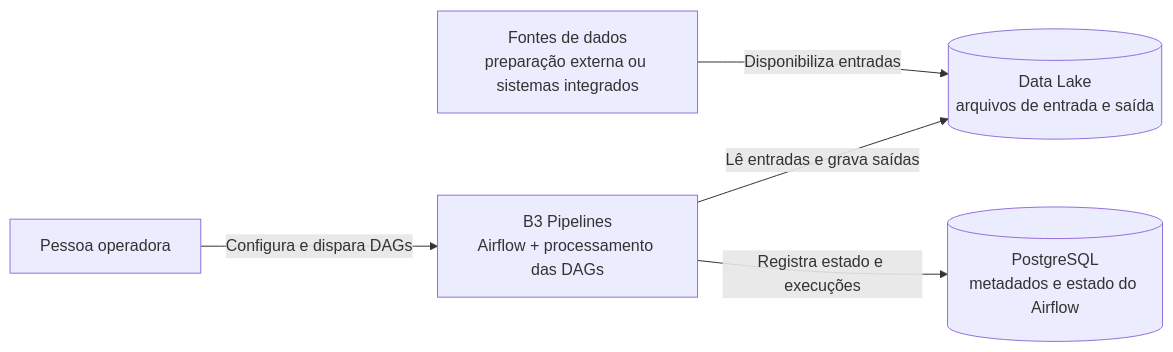
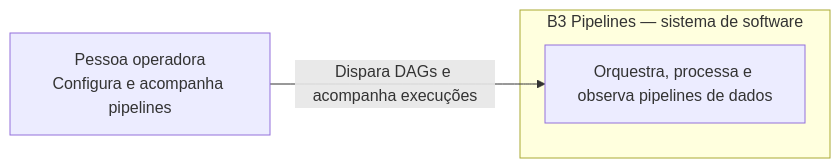
One commit to BiellBatista/Python.DataEngineering changed the first of 2 diagrams in B3-Pipelines/README.md. Above: the diagram before and after it, drawn with Mermaid. The commit also changed other lines of this file and 8 other files, not shown here.

````diff
--- a/B3-Pipelines/README.md
+++ b/B3-Pipelines/README.md
@@ -64,13 +64,10 @@
 ```mermaid
 flowchart LR
-    Operator["Pessoa operadora"]
-    Sources["Fontes de dados<br/>preparação externa ou sistemas integrados"]
-    Platform["B3 Pipelines<br/>Airflow + processamento das DAGs"]
-    Lake[("Data Lake<br/>arquivos de entrada e saída")]
-    Metadata[("PostgreSQL<br/>metadados e estado do Airflow")]
+    Operator["Pessoa operadora<br/>Configura e acompanha pipelines"]
 
-    Operator -->|"Configura e dispara DAGs"| Platform
-    Sources -->|"Disponibiliza entradas"| Lake
-    Platform -->|"Lê entradas e grava saídas"| Lake
-    Platform -->|"Registra estado e execuções"| Metadata
+    subgraph B3System["B3 Pipelines — sistema de software"]
+        Platform["Orquestra, processa e observa pipelines de dados"]
+    end
+
+    Operator -->|"Dispara DAGs e acompanha execuções"| Platform
 ```
````
